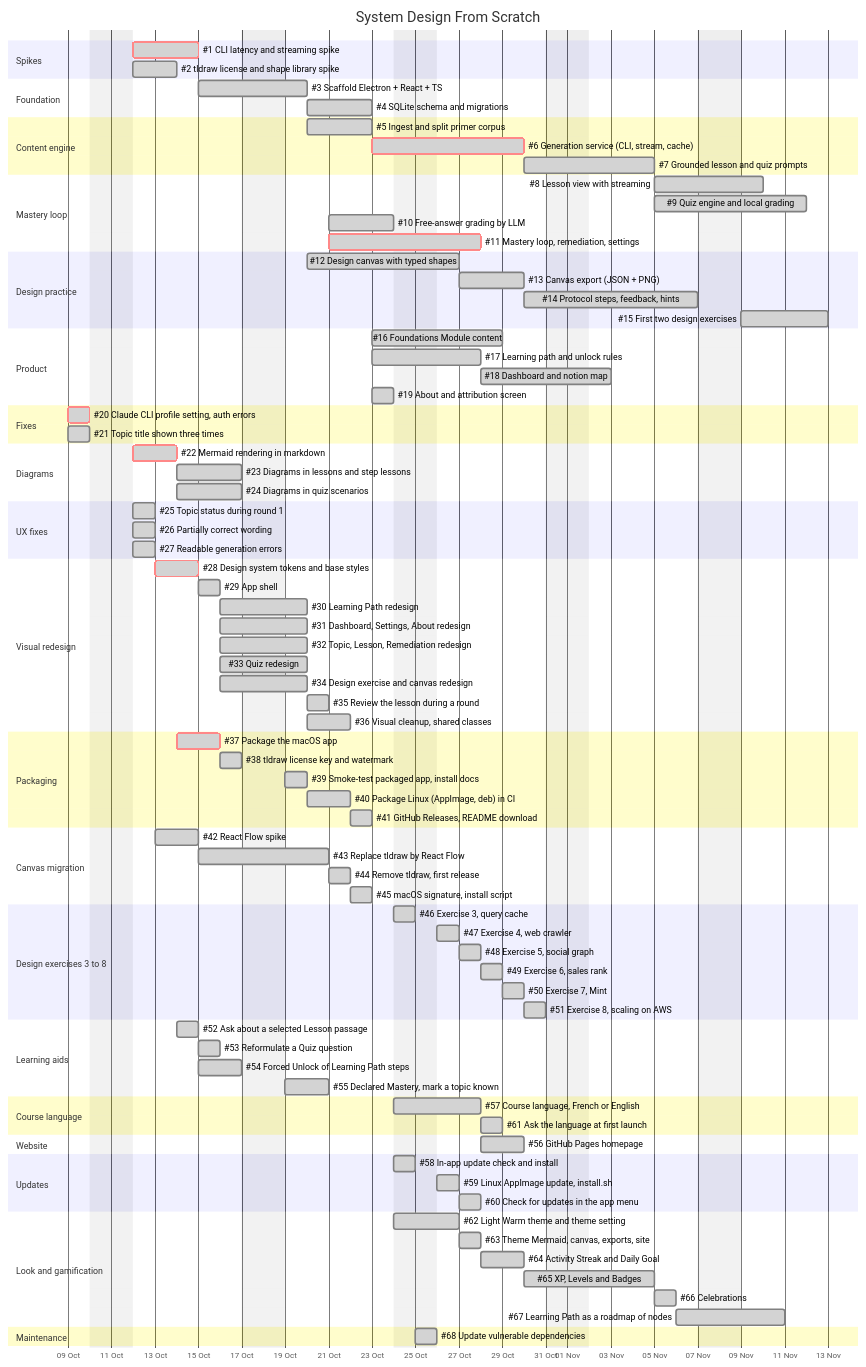
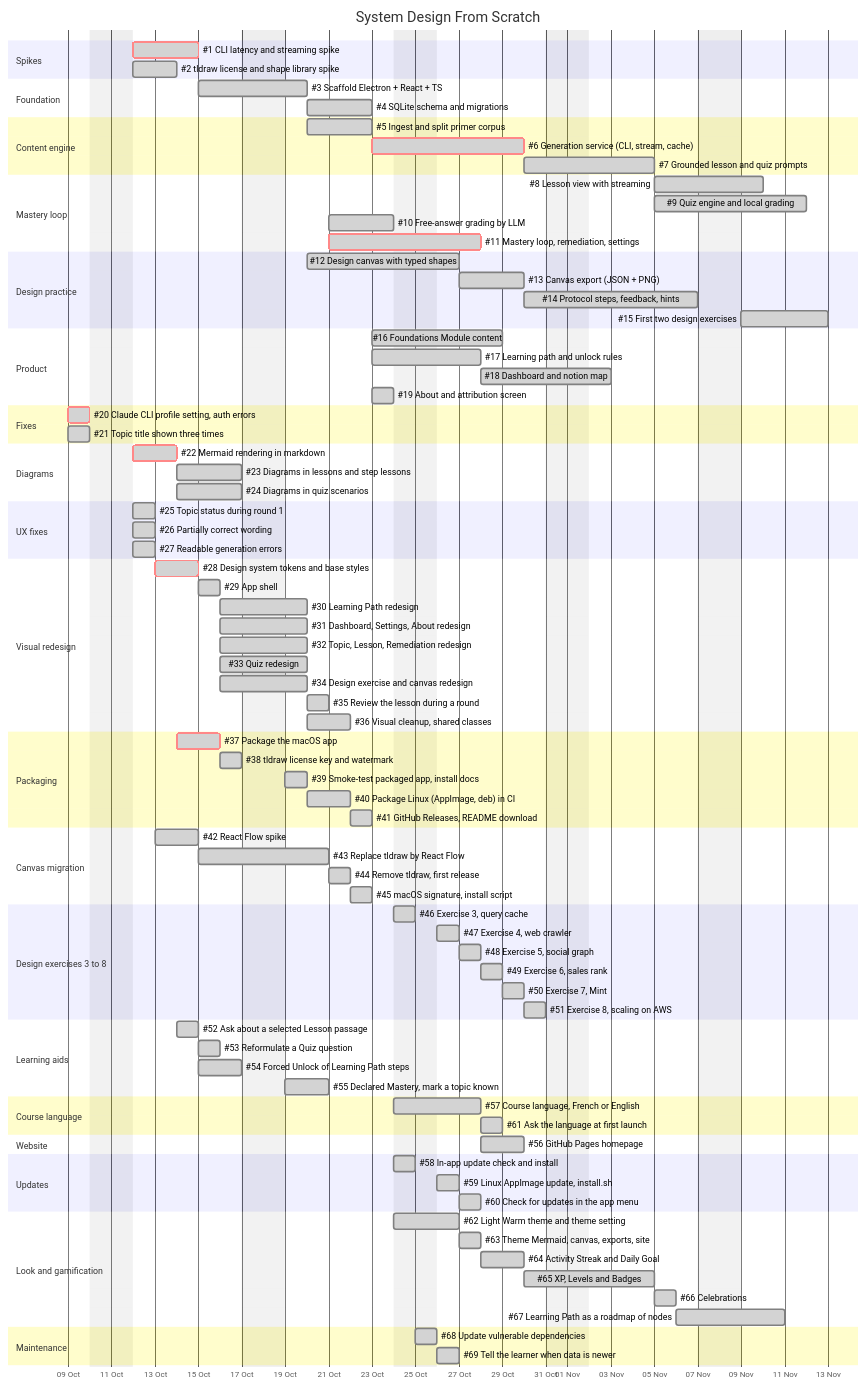
Before and after one commit to jbclaramonte/system-design-from-scratch: the diagram in docs/ROADMAP.md, drawn with Mermaid. The commit also changed other lines of this file and 11 other files, not shown here.

First line of the commit message:
fix: tell the learner when the data is newer than the app

````diff
--- a/docs/ROADMAP.md
+++ b/docs/ROADMAP.md
@@ -122,4 +122,5 @@
 
     section Maintenance
     #68 Update vulnerable dependencies        :done, dep1, 2026-10-25, 1d
+    #69 Tell the learner when data is newer   :done, dep2, after dep1, 1d
 ```
````
